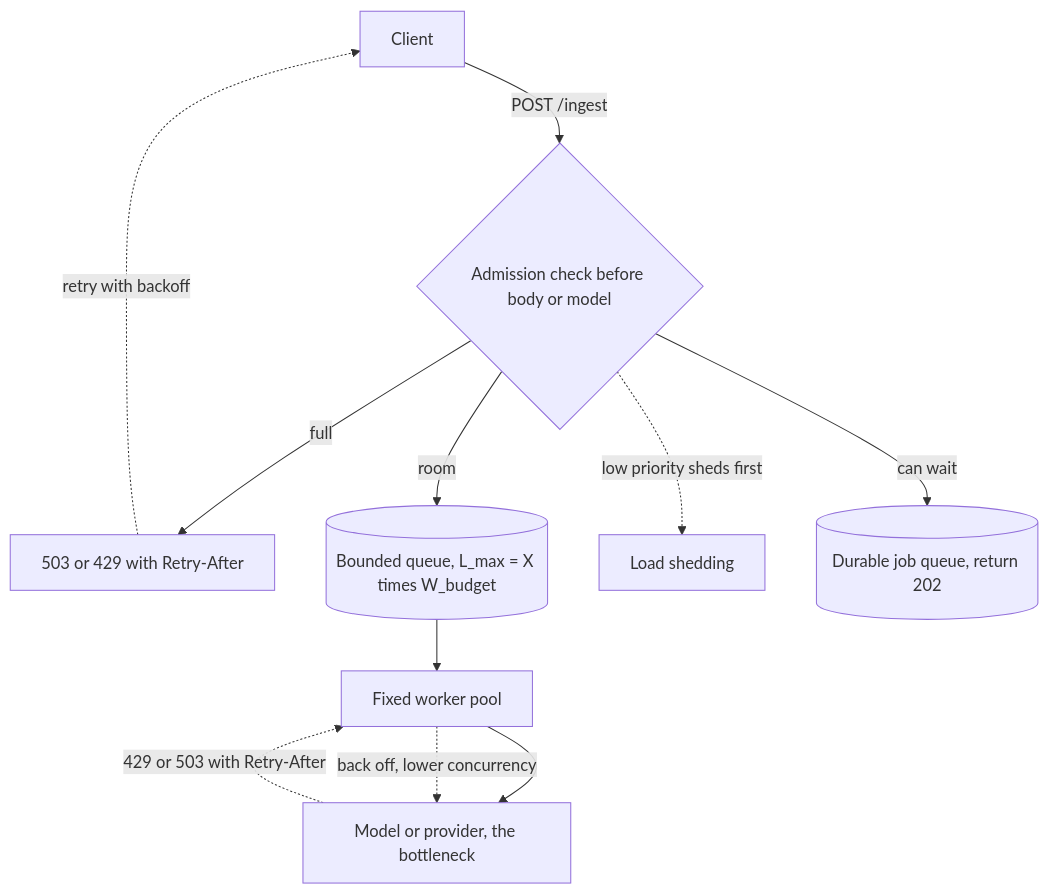
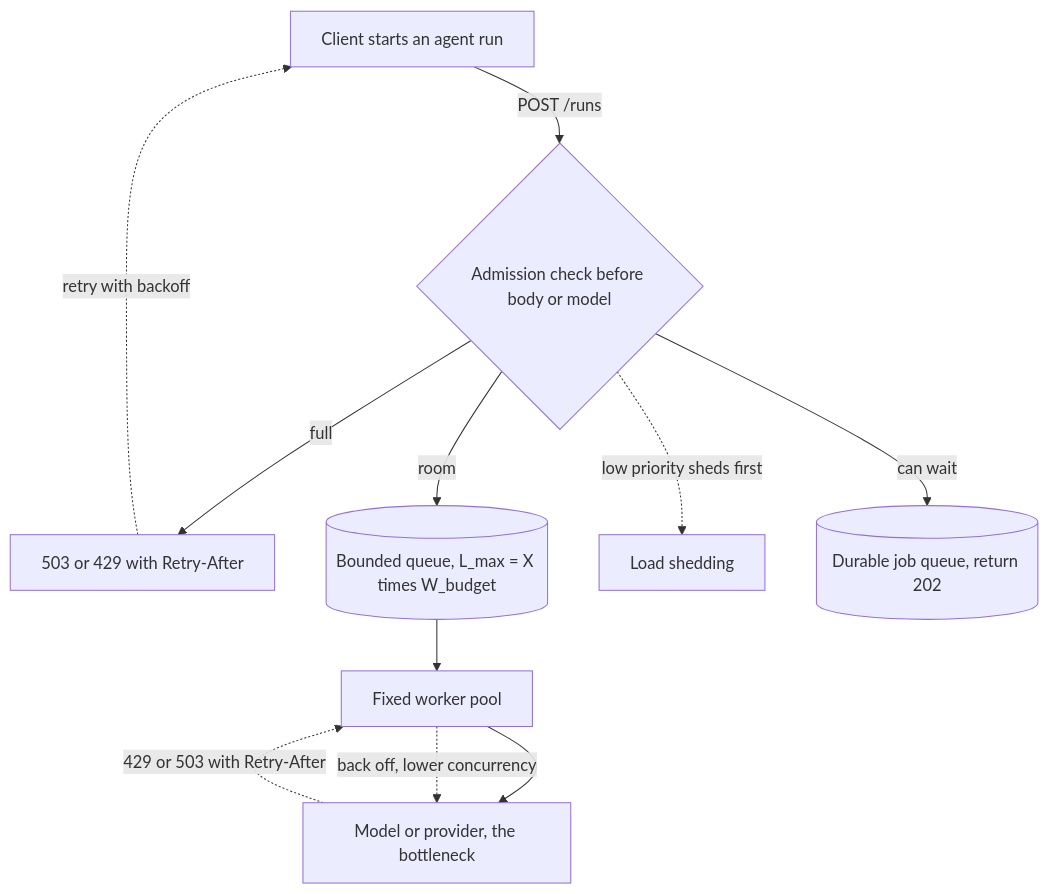
The diagram in content/fastapi-for-ai/backpressure.md (lovishmahajan97/agentic-learning), drawn with Mermaid before and after one commit. The commit also changed other lines of this file and 266 other files, not shown here.

````diff
--- a/content/fastapi-for-ai/backpressure.md
+++ b/content/fastapi-for-ai/backpressure.md
@@ -115,13 +136,13 @@
 ```mermaid
 flowchart TD
-    C["Client"] -->|"POST /ingest"| E{"Admission check before body or model"}
+    C["Client starts an agent run"] -->|"POST /runs"| E{"Admission check before body or model"}
     E -->|"full"| R["503 or 429 with Retry-After"]
     R -.->|"retry with backoff"| C
     E -->|"room"| Q[("Bounded queue, L_max = X times W_budget")]
     Q --> W["Fixed worker pool"]
     W --> P["Model or provider, the bottleneck"]
     P -.->|"429 or 503 with Retry-After"| W
     W -.->|"back off, lower concurrency"| P
     E -.->|"low priority sheds first"| S["Load shedding"]
     E -->|"can wait"| J[("Durable job queue, return 202")]
 ```
````
